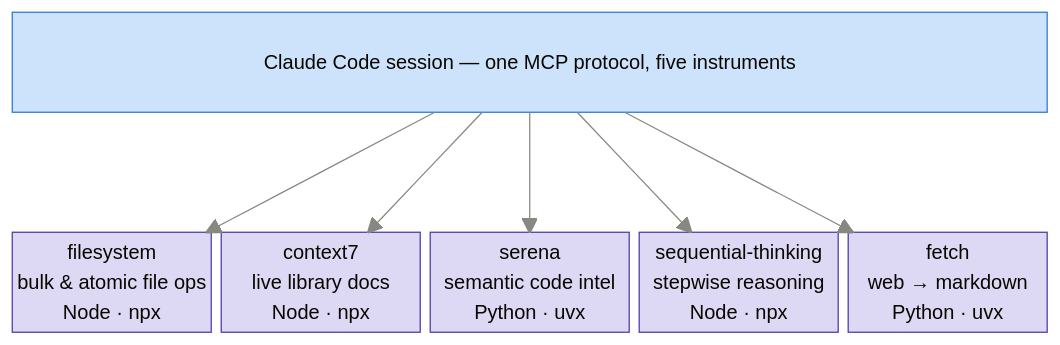
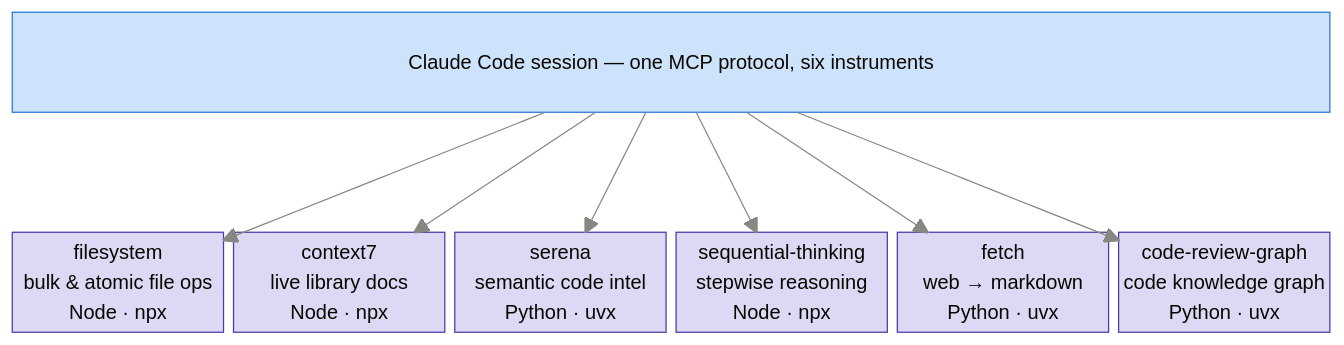
One commit to tomas-rampas/agentic-framework changed the eighth of 9 diagrams in docs/team-presentation.md. Above: the diagram before and after it, drawn with Mermaid. The commit also changed other lines of this file and 2 other files, not shown here.

Commit message:
docs: document code-review-graph as the sixth bundled MCP server
README, the dependency-checker skill and the team presentation now list code-review-graph wherever the bundle's servers are enumerated, with the pin noted next to serena's. The presentation diagram gains a sixth instrument and the generated stats row is regenerated.

````diff
--- a/docs/team-presentation.md
+++ b/docs/team-presentation.md
@@ -256,17 +256,18 @@
 ```mermaid
 %%{init: {"theme": "base", "themeVariables": {"background": "transparent", "lineColor": "#898781", "textColor": "#0b0b0b"}}}%%
 block-beta
-    columns 5
-    C["Claude Code session — one MCP protocol, five instruments"]:5
-    space:5
-    FS["filesystem<br/>bulk & atomic file ops<br/>Node · npx"] C7["context7<br/>live library docs<br/>Node · npx"] SE["serena<br/>semantic code intel<br/>Python · uvx"] ST["sequential-thinking<br/>stepwise reasoning<br/>Node · npx"] FE["fetch<br/>web → markdown<br/>Python · uvx"]
+    columns 6
+    C["Claude Code session — one MCP protocol, six instruments"]:6
+    space:6
+    FS["filesystem<br/>bulk & atomic file ops<br/>Node · npx"] C7["context7<br/>live library docs<br/>Node · npx"] SE["serena<br/>semantic code intel<br/>Python · uvx"] ST["sequential-thinking<br/>stepwise reasoning<br/>Node · npx"] FE["fetch<br/>web → markdown<br/>Python · uvx"] CR["code-review-graph<br/>code knowledge graph<br/>Python · uvx"]
     C --> FS
     C --> C7
     C --> SE
     C --> ST
     C --> FE
+    C --> CR
     classDef hub fill:#cde2fb,stroke:#2a78d6,color:#0b0b0b
     classDef srv fill:#ddd8f3,stroke:#4a3aa7,color:#0b0b0b
     class C hub
-    class FS,C7,SE,ST,FE srv
+    class FS,C7,SE,ST,FE,CR srv
 ```
````
